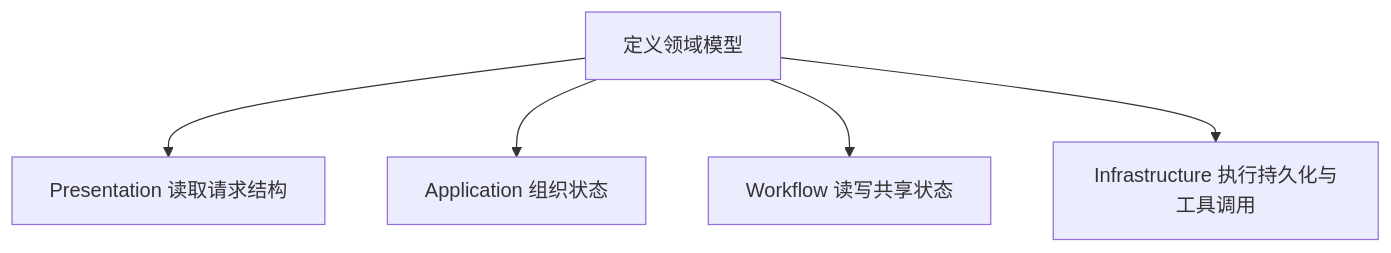
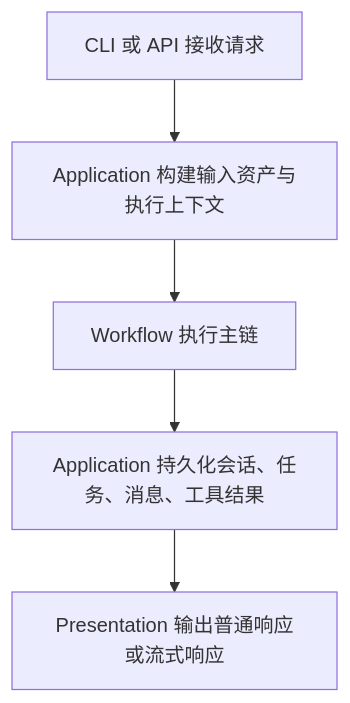
Before and after one commit to yeqiana/AgentOps: the second of 5 diagrams in docs/enterprise/详细设计说明书.md, drawn with Mermaid. The commit also changed other lines of this file and 22 other files, not shown here.

````diff
--- a/docs/enterprise/详细设计说明书.md
+++ b/docs/enterprise/详细设计说明书.md
@@ -100,7 +430,7 @@
 ```mermaid
 flowchart TD
-    A[定义领域模型] --> B[Presentation 读取请求结构]
-    A --> C[Application 组织状态]
-    A --> D[Workflow 读写共享状态]
-    A --> E[Infrastructure 执行持久化与工具调用]
+    A[CLI 或 API 接收请求] --> B[Application 构建输入资产与执行上下文]
+    B --> C[Workflow 执行主链]
+    C --> D[Application 持久化会话、任务、消息、工具结果]
+    D --> E[Presentation 输出普通响应或流式响应]
 ```
````
